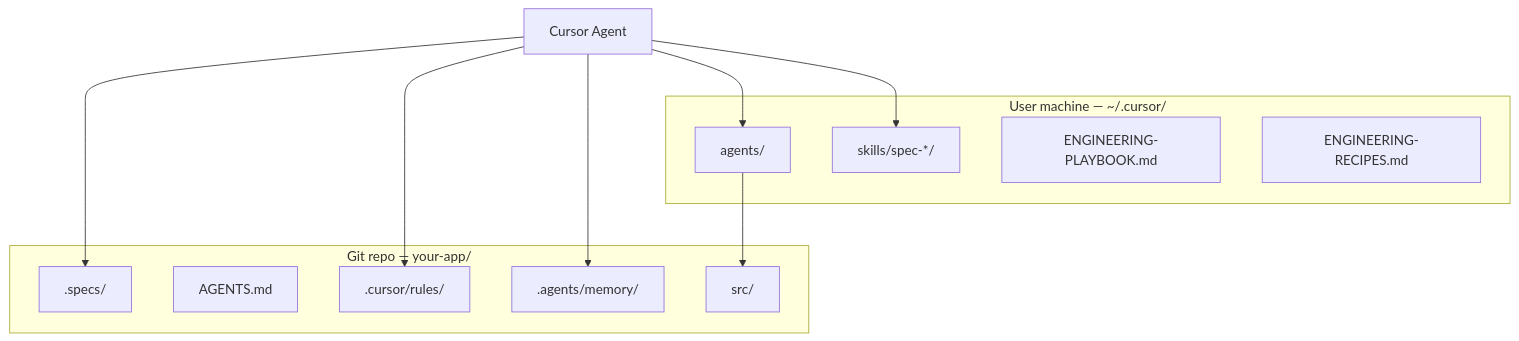
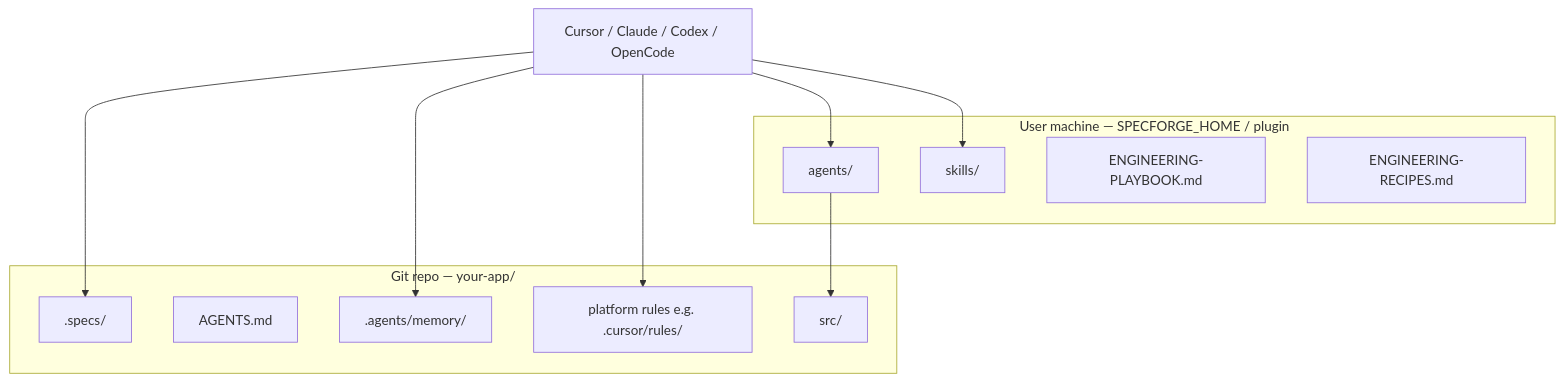
One commit to sushilti80/specforge-engineering-team changed the diagram in docs/BOOTSTRAP-SPEC-DRIVEN-PROJECT.md. Above: the diagram before and after it, drawn with Mermaid. The commit also changed other lines of this file and 44 other files, not shown here.

````diff
--- a/docs/BOOTSTRAP-SPEC-DRIVEN-PROJECT.md
+++ b/docs/BOOTSTRAP-SPEC-DRIVEN-PROJECT.md
@@ -22,22 +24,22 @@
 ```mermaid
 flowchart TB
-  subgraph user [User machine — ~/.cursor/]
+  subgraph user [User machine — SPECFORGE_HOME / plugin]
     Agents[agents/]
-    Skills[skills/spec-*/]
+    Skills[skills/]
     Playbook[ENGINEERING-PLAYBOOK.md]
     Recipes[ENGINEERING-RECIPES.md]
   end
   subgraph project [Git repo — your-app/]
     Specs[.specs/]
     AgentsMd[AGENTS.md]
-    Rules[.cursor/rules/]
     Memory[.agents/memory/]
+    Rules[platform rules e.g. .cursor/rules/]
     Code[src/]
   end
-  Cursor[Cursor Agent] --> Agents
-  Cursor --> Skills
-  Cursor --> Rules
-  Cursor --> Specs
-  Cursor --> Memory
+  Tool[Cursor / Claude / Codex / OpenCode] --> Agents
+  Tool --> Skills
+  Tool --> Rules
+  Tool --> Specs
+  Tool --> Memory
   Agents --> Code
 ```
````
